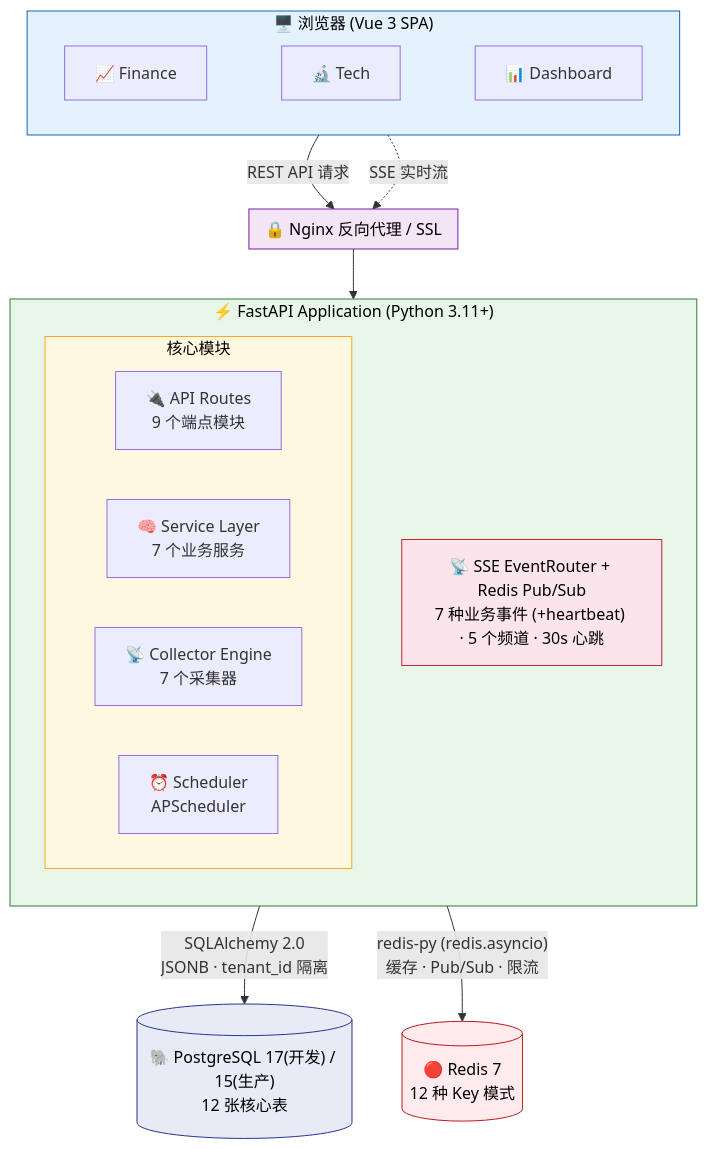
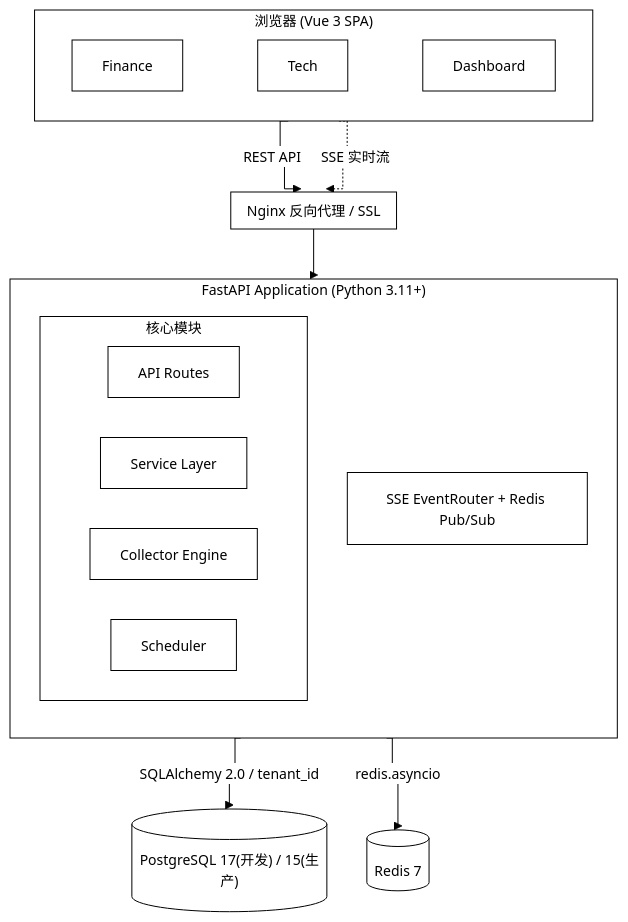
The first of 2 diagrams in README.md (onceme/instantboard), drawn with Mermaid before and after one commit. The commit also changed other lines of this file and 11 other files, not shown here.

Commit message:
docs: unify mermaid diagrams to black-and-white orthogonal style

````diff
--- a/README.md
+++ b/README.md
@@ -89,41 +89,28 @@
 ```mermaid
+%%{init: {"theme": "base", "themeVariables": {"background": "#ffffff", "primaryColor": "#ffffff", "primaryTextColor": "#000000", "primaryBorderColor": "#000000", "lineColor": "#000000", "secondaryColor": "#ffffff", "secondaryTextColor": "#000000", "secondaryBorderColor": "#000000", "tertiaryColor": "#ffffff", "tertiaryTextColor": "#000000", "tertiaryBorderColor": "#000000", "edgeLabelBackground": "#ffffff", "textColor": "#000000", "nodeTextColor": "#000000", "mainBkg": "#ffffff", "nodeBorder": "#000000", "clusterBkg": "#ffffff", "clusterBdr": "#000000", "clusterTextColor": "#000000", "titleColor": "#000000", "fontSize": "14px"}, "flowchart": {"curve": "step", "nodeSpacing": 40, "rankSpacing": 50, "wrappingWidth": 180, "useMaxWidth": true}}}%%
 graph TB
-    subgraph Browser["🖥️ 浏览器 (Vue 3 SPA)"]
+    subgraph Browser["浏览器 (Vue 3 SPA)"]
         direction LR
-        Finance["📈 Finance"] ~~~ Tech["🔬 Tech"] ~~~ Dashboard["📊 Dashboard"]
+        Finance["Finance"] ~~~ Tech["Tech"] ~~~ Dashboard["Dashboard"]
     end
-
-    Browser -->|"REST API 请求"| Nginx
+    Browser -->|"REST API"| Nginx
     Browser -.->|"SSE 实时流"| Nginx
-
-    subgraph Nginx["🔒 Nginx 反向代理 / SSL"]
+    subgraph Nginx["Nginx 反向代理 / SSL"]
     end
-
     Nginx --> App
-
-    subgraph App["⚡ FastAPI Application (Python 3.11+)"]
+    subgraph App["FastAPI Application (Python 3.11+)"]
         direction TB
         subgraph Modules["核心模块"]
             direction LR
-            API["🔌 API Routes<br/>9 个端点模块"]
-            Service["🧠 Service Layer<br/>7 个业务服务"]
-            Collector["📡 Collector Engine<br/>7 个采集器"]
-            Scheduler["⏰ Scheduler<br/>APScheduler"]
+            API["API Routes"]
+            Service["Service Layer"]
+            Collector["Collector Engine"]
+            Scheduler["Scheduler"]
         end
-        SSE["📡 SSE EventRouter + Redis Pub/Sub<br/>7 种业务事件 (+heartbeat) · 5 个频道 · 30s 心跳"]
+        SSE["SSE EventRouter + Redis Pub/Sub"]
     end
-
-    App -->|"SQLAlchemy 2.0<br/>JSONB · tenant_id 隔离"| PG
-    App -->|"redis-py (redis.asyncio)<br/>缓存 · Pub/Sub · 限流"| Redis
-
-    PG[("🐘 PostgreSQL 17(开发) / 15(生产)<br/>12 张核心表")]
-    Redis[("🔴 Redis 7<br/>12 种 Key 模式")]
-
-    style Browser fill:#e3f2fd,stroke:#1565c0,color:#000
-    style Nginx fill:#f3e5f5,stroke:#7b1fa2,color:#000
-    style App fill:#e8f5e9,stroke:#2e7d32,color:#000
-    style Modules fill:#fff8e1,stroke:#f9a825,color:#000
-    style SSE fill:#fce4ec,stroke:#c62828,color:#000
-    style PG fill:#e8eaf6,stroke:#283593,color:#000
-    style Redis fill:#ffebee,stroke:#b71c1c,color:#000
+    App -->|"SQLAlchemy 2.0 / tenant_id"| PG
+    App -->|"redis.asyncio"| Redis
+    PG[("PostgreSQL 17(开发) / 15(生产)")]
+    Redis[("Redis 7")]
 ```
````
